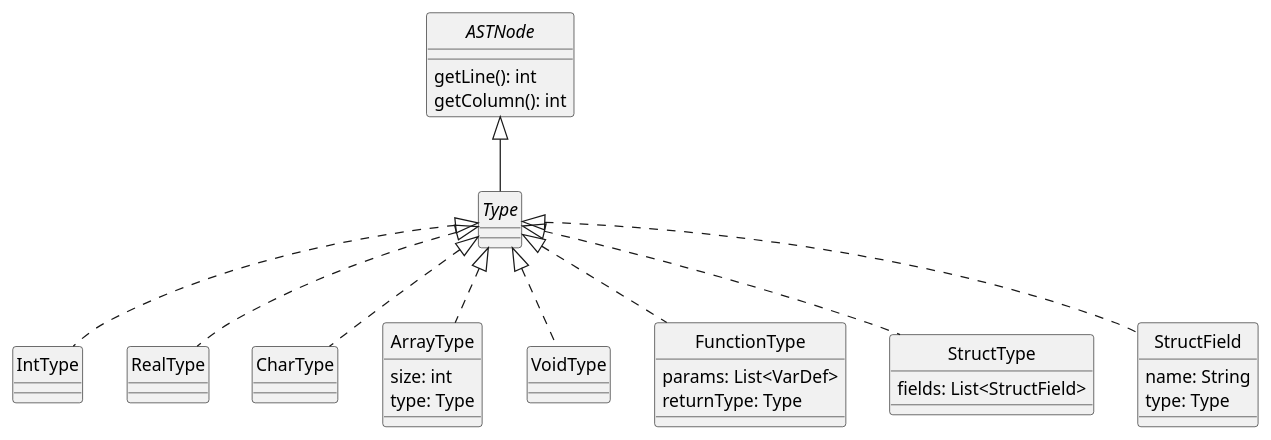
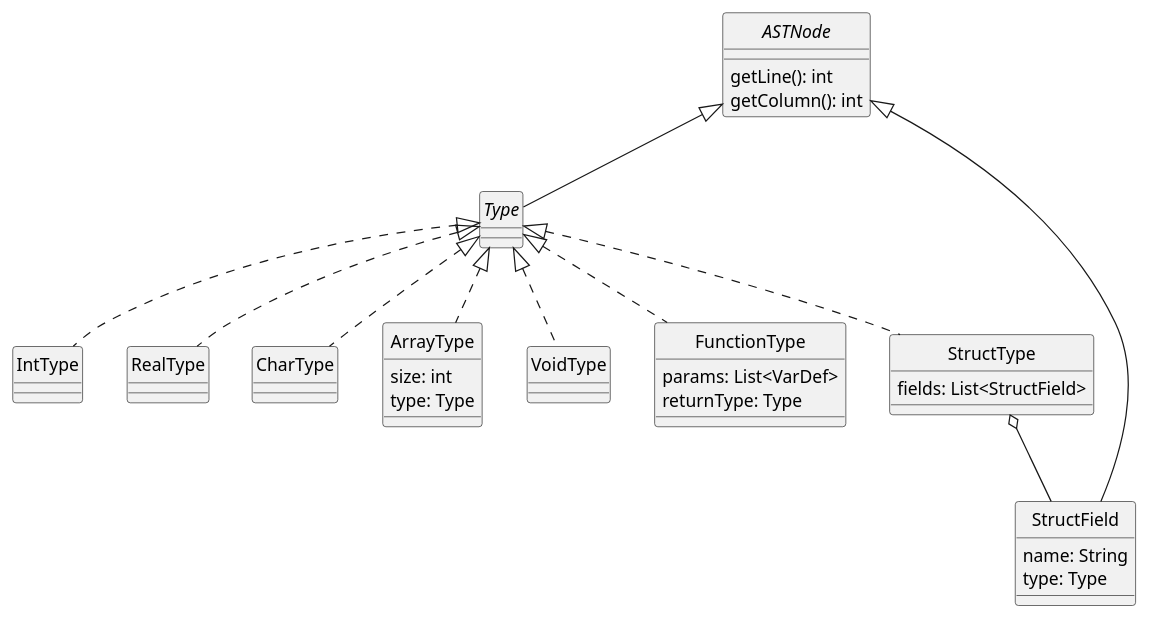
Before and after one commit to uo271288/dlp-compiler: the diagram in docs/diagrams/types.plantuml, drawn with PlantUML. The commit also changed 5 other files, not shown here.

Commit message:
Diagrams updated after control

```diff
--- a/docs/diagrams/types.plantuml
+++ b/docs/diagrams/types.plantuml
@@ -1,49 +1,49 @@
 @startuml Types
 skinparam style strictuml
 skinparam monochrome true
 
 interface ASTNode {
     getLine(): int
     getColumn(): int
 }
 
 interface Type
 
 class IntType
 
 class RealType
 
 class CharType
 
 class ArrayType {
     size: int
     type: Type
 }
 
 class VoidType
 
 class FunctionType {
     params: List<VarDef>
     returnType: Type
 }
 
 class StructType {
     fields: List<StructField>
 }
 
 class StructField {
     name: String
     type: Type
 }
 
 ASTNode <|-- Type
 Type <|.. IntType
 Type <|.. RealType
 Type <|.. CharType
 Type <|.. ArrayType
 Type <|.. VoidType
 Type <|.. FunctionType
 Type <|.. StructType
-Type <|.. StructField
-
+StructType o-- StructField
+ASTNode <|-- StructField
 @enduml
```
